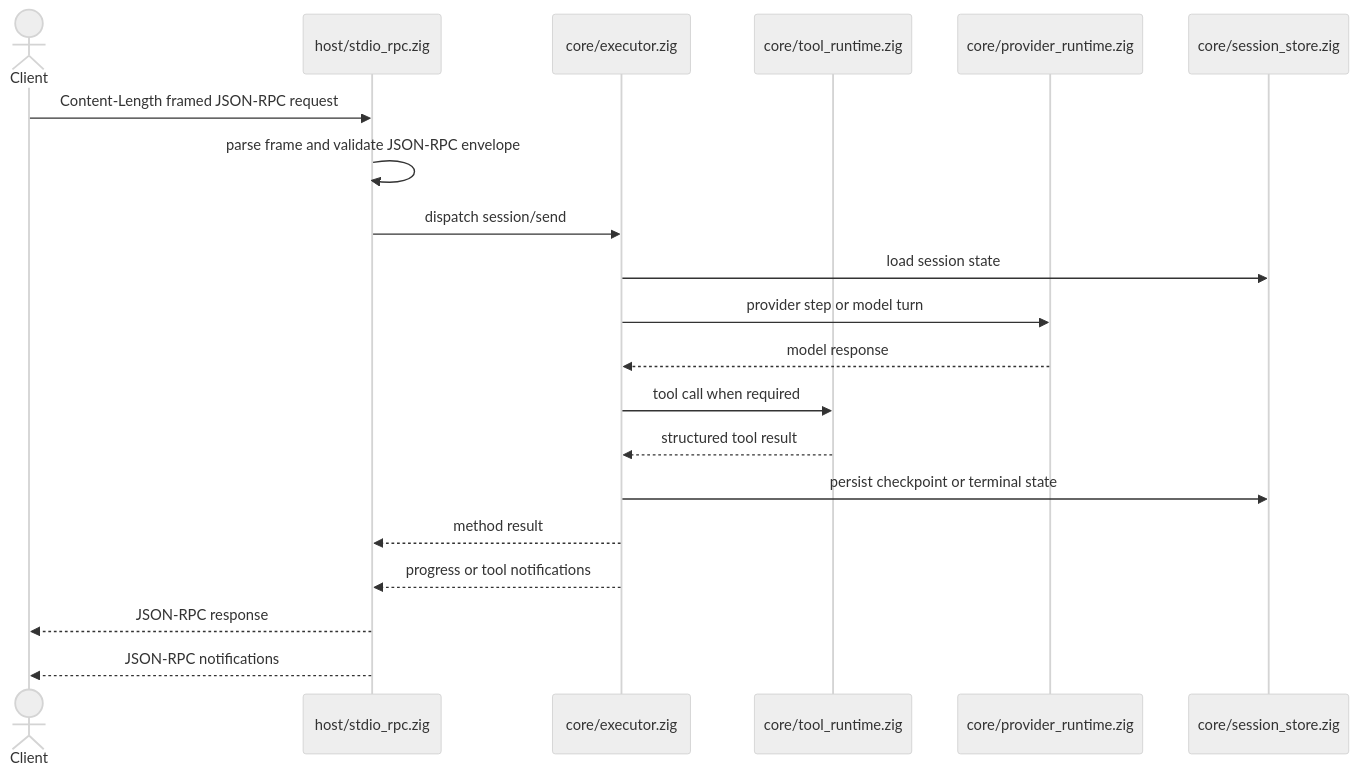
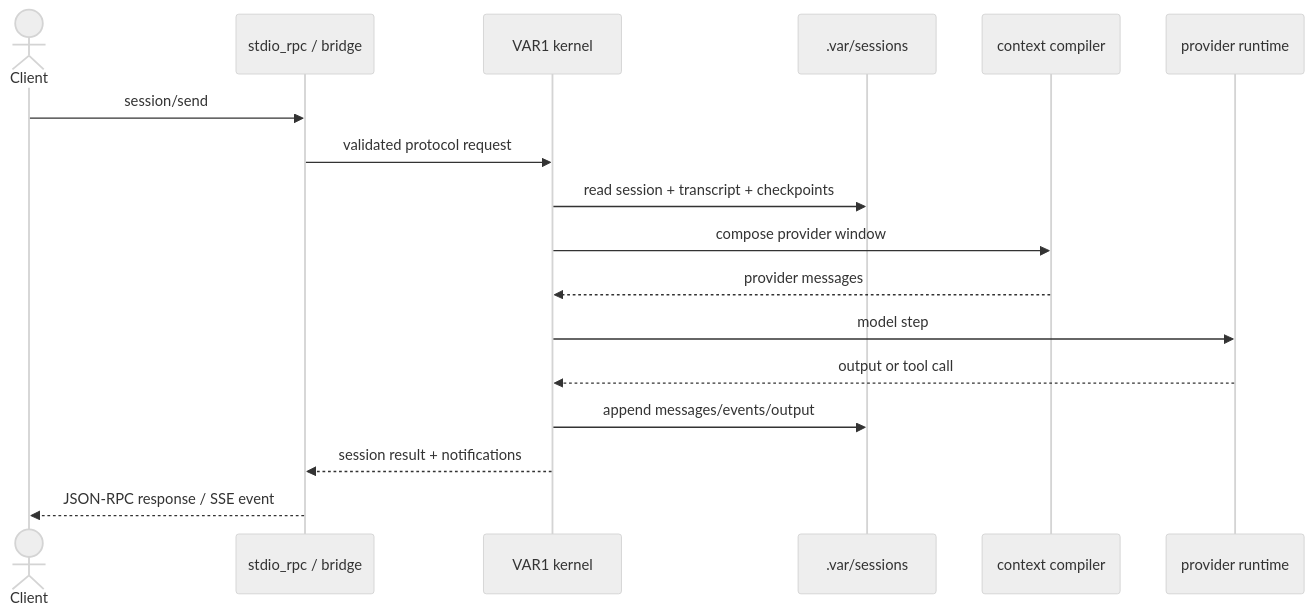
Before and after one commit to savageops/VANTARI-ONE: the third of 3 diagrams in README.md, drawn with Mermaid (neutral theme). The commit also changed other lines of this file and 12 other files, not shown here.

Commit message:
docs/runtime: publish VAR1 architecture and config contract

````diff
--- a/README.md
+++ b/README.md
@@ -124,23 +129,20 @@
 ```mermaid
 sequenceDiagram
-  actor C as Client
-  participant H as host/stdio_rpc.zig
-  participant E as core/executor.zig
-  participant T as core/tool_runtime.zig
-  participant P as core/provider_runtime.zig
-  participant S as core/session_store.zig
+  actor Client
+  participant Host as stdio_rpc / bridge
+  participant Kernel as VAR1 kernel
+  participant Store as .var/sessions
+  participant Builder as context compiler
+  participant Provider as provider runtime
 
-  C->>H: Content-Length framed JSON-RPC request
-  H->>H: parse frame and validate JSON-RPC envelope
-  H->>E: dispatch session/send
-  E->>S: load session state
-  E->>P: provider step or model turn
-  P-->>E: model response
-  E->>T: tool call when required
-  T-->>E: structured tool result
-  E->>S: persist checkpoint or terminal state
-  E-->>H: method result
-  E-->>H: progress or tool notifications
-  H-->>C: JSON-RPC response
-  H-->>C: JSON-RPC notifications
+  Client->>Host: session/send
+  Host->>Kernel: validated protocol request
+  Kernel->>Store: read session + transcript + checkpoints
+  Kernel->>Builder: compose provider window
+  Builder-->>Kernel: provider messages
+  Kernel->>Provider: model step
+  Provider-->>Kernel: output or tool call
+  Kernel->>Store: append messages/events/output
+  Kernel-->>Host: session result + notifications
+  Host-->>Client: JSON-RPC response / SSE event
 ```
````
